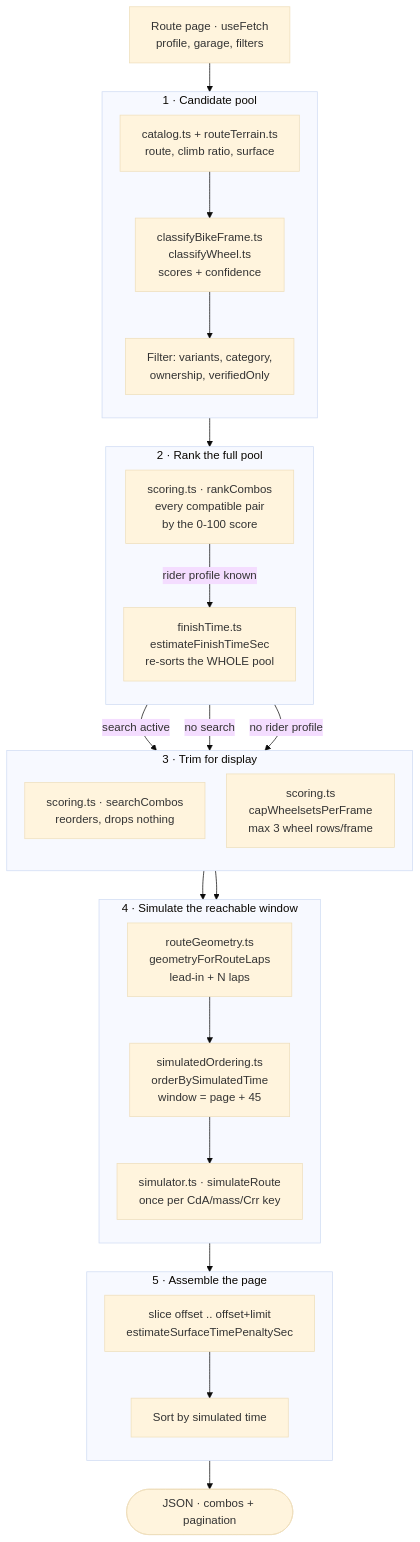
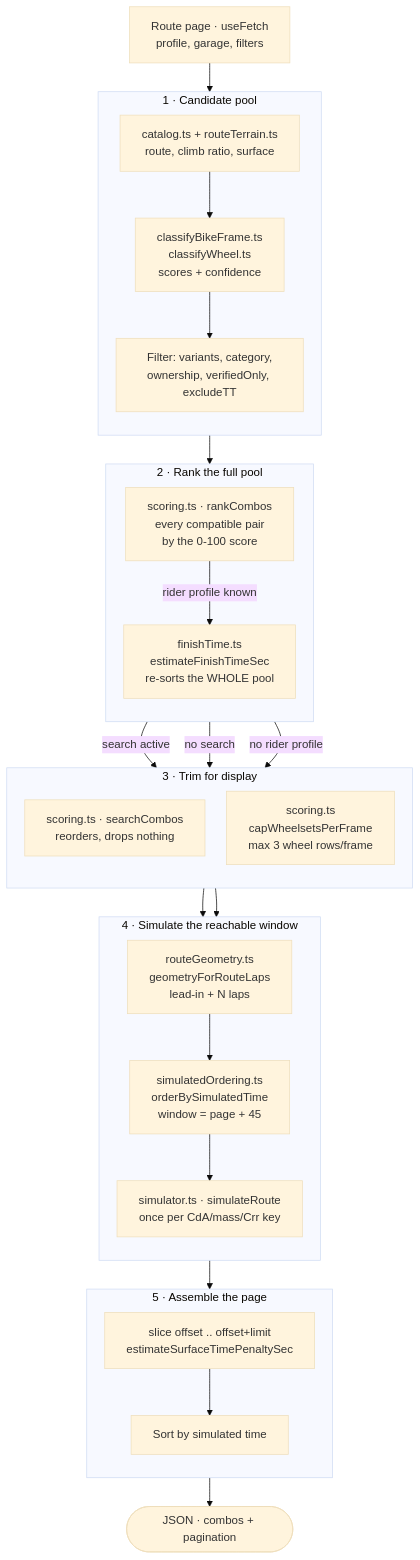
Before and after one commit to kjellrg/zwift-bikes: the first of 5 diagrams in docs/physics-pipeline.md, drawn with Mermaid (base theme). The commit also changed other lines of this file, not shown here.

First line of the commit message:
Note excludeTT in the stage 1 filters

````diff
--- a/docs/physics-pipeline.md
+++ b/docs/physics-pipeline.md
@@ -20,51 +20,51 @@
 ```mermaid
 %%{ init: { "flowchart": { "nodeSpacing": 30, "rankSpacing": 40 } } }%%
 flowchart TD
     CLIENT["Route page · useFetch<br/>profile, garage, filters"]
 
     subgraph S1["1 · Candidate pool"]
         direction TB
         ROUTE["catalog.ts + routeTerrain.ts<br/>route, climb ratio, surface"]
         EQUIP["classifyBikeFrame.ts<br/>classifyWheel.ts<br/>scores + confidence"]
-        FILTER["Filter: variants, category,<br/>ownership, verifiedOnly"]
+        FILTER["Filter: variants, category,<br/>ownership, verifiedOnly, excludeTT"]
         ROUTE --> EQUIP --> FILTER
     end
 
     subgraph S2["2 · Rank the full pool"]
         direction TB
         SCORE["scoring.ts · rankCombos<br/>every compatible pair<br/>by the 0-100 score"]
         EST["finishTime.ts<br/>estimateFinishTimeSec<br/>re-sorts the WHOLE pool"]
         SCORE -- "rider profile known" --> EST
     end
 
     subgraph S3["3 · Trim for display"]
         direction TB
         SEARCH["scoring.ts · searchCombos<br/>reorders, drops nothing"]
         CAP["scoring.ts<br/>capWheelsetsPerFrame<br/>max 3 wheel rows/frame"]
     end
 
     subgraph S4["4 · Simulate the reachable window"]
         direction TB
         GEO["routeGeometry.ts<br/>geometryForRouteLaps<br/>lead-in + N laps"]
         ORDER["simulatedOrdering.ts<br/>orderBySimulatedTime<br/>window = page + 45"]
         RUN["simulator.ts · simulateRoute<br/>once per CdA/mass/Crr key"]
         GEO --> ORDER --> RUN
     end
 
     subgraph S5["5 · Assemble the page"]
         direction TB
         SLICE["slice offset .. offset+limit<br/>estimateSurfaceTimePenaltySec"]
         SORT["Sort by simulated time"]
         SLICE --> SORT
     end
 
     CLIENT --> ROUTE
     FILTER --> SCORE
     EST -- "search active" --> SEARCH
     EST -- "no search" --> CAP
     SCORE -- "no rider profile" --> CAP
     SEARCH --> GEO
     CAP --> GEO
     RUN --> SLICE
     SORT --> RESP(["JSON · combos + pagination"])
 ```
````
